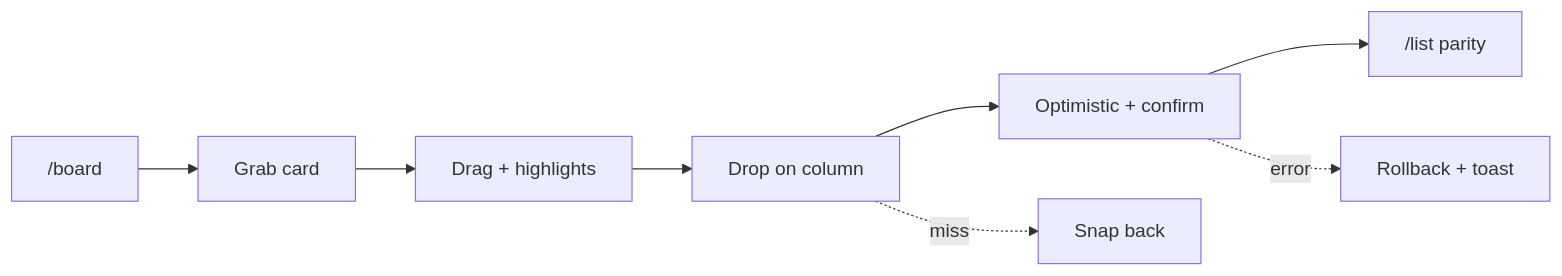
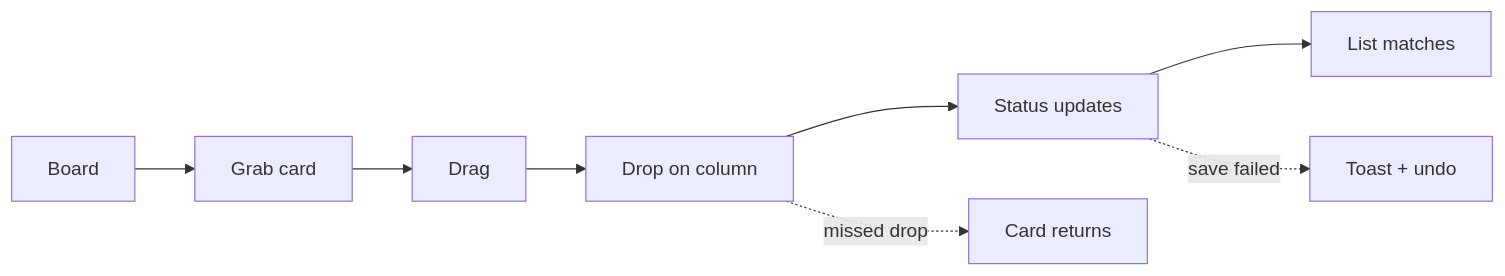
The eighth of 28 diagrams in research/user-journeys.md (wildan-png/todoAppWorkflow-design), drawn with Mermaid before and after one commit. The commit also changed other lines of this file, not shown here.

First line of the commit message:
docs: humanize user journey copy (Part A, steps, diagrams)

````diff
--- a/research/user-journeys.md
+++ b/research/user-journeys.md
@@ -337,10 +337,10 @@
 ```mermaid
 flowchart LR
-  B["/board"] --> G[Grab card]
-  G --> D[Drag + highlights]
+  B[Board] --> G[Grab card]
+  G --> D[Drag]
   D --> O[Drop on column]
-  O --> S[Optimistic + confirm]
-  S --> L["/list parity"]
-  O -.->|miss| R[Snap back]
-  S -.->|error| T[Rollback + toast]
+  O --> S[Status updates]
+  S --> L[List matches]
+  O -.->|missed drop| R[Card returns]
+  S -.->|save failed| T[Toast + undo]
 ```
````
